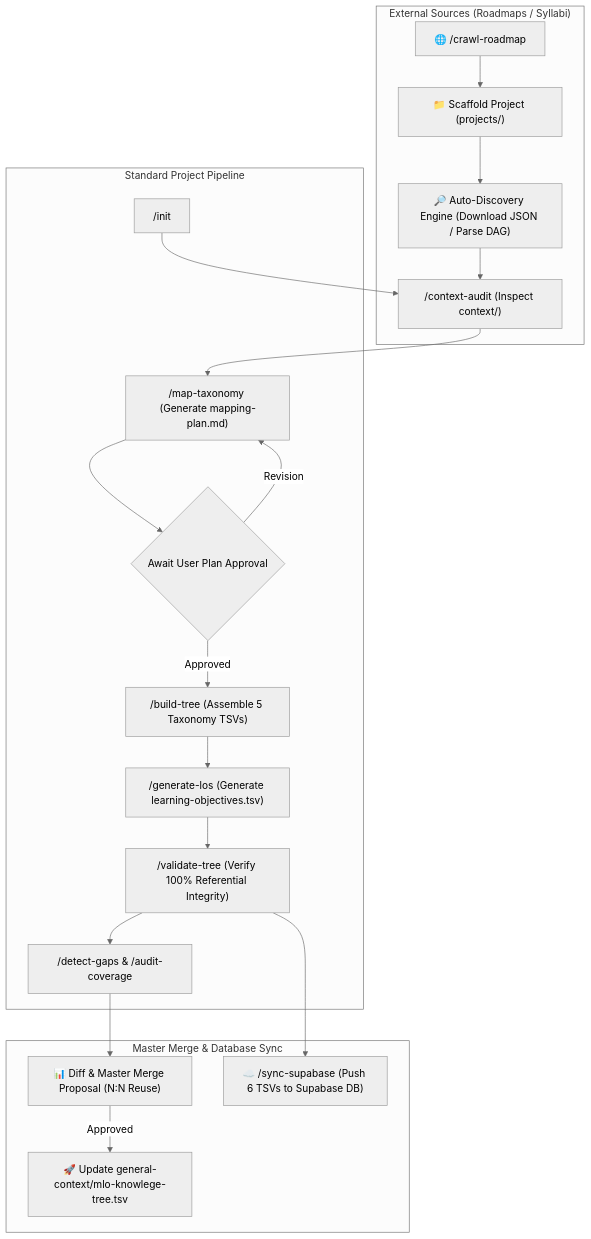
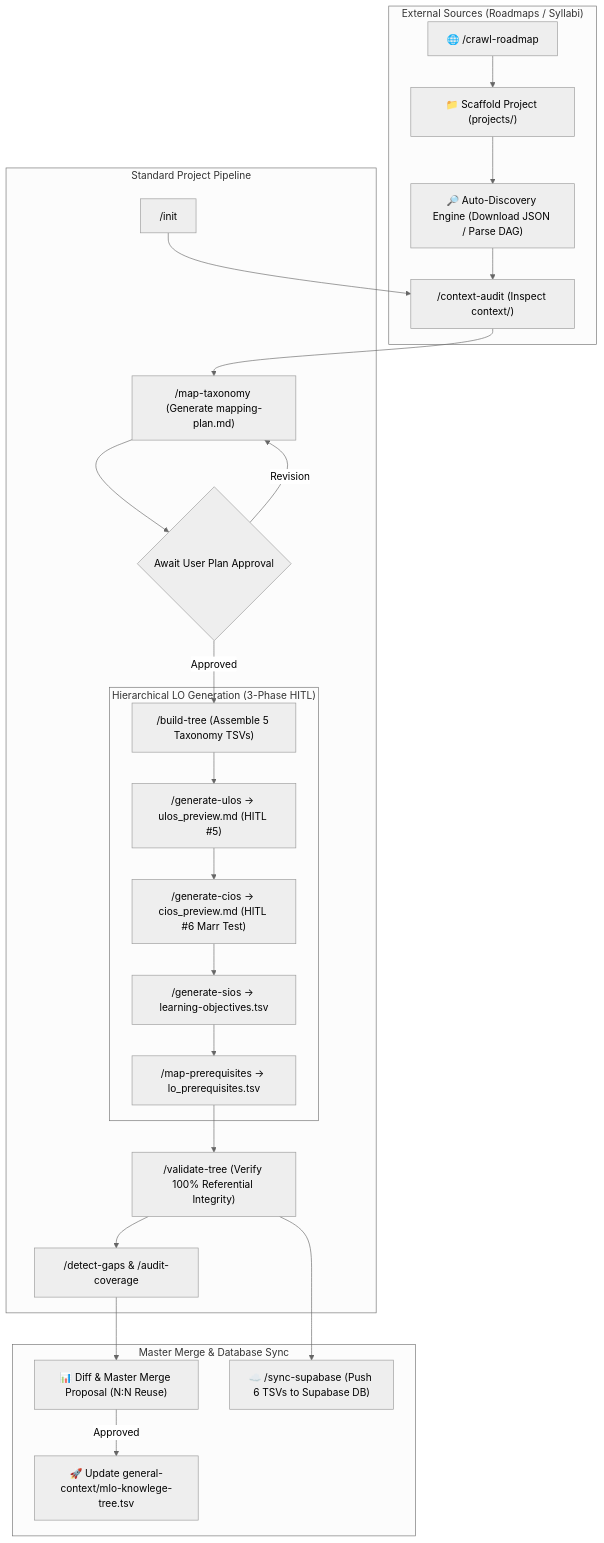
Before and after one commit to thanh01pmt/knowledge-tree: the diagram in README.md, drawn with Mermaid (neutral theme). The commit also changed other lines of this file and 6 other files, not shown here.

````diff
--- a/README.md
+++ b/README.md
@@ -113,25 +155,32 @@
 ```mermaid
 flowchart TD
     subgraph "External Sources (Roadmaps / Syllabi)"
         URL["🌐 /crawl-roadmap <URL>"] --> InitProj["📁 Scaffold Project (projects/<slug>)"]
         InitProj --> Discovery["🔎 Auto-Discovery Engine (Download JSON / Parse DAG)"]
         Discovery --> Audit
     end
 
     subgraph "Standard Project Pipeline"
         Init["/init <project>"] --> Audit["/context-audit (Inspect context/)"]
         Audit --> Map["/map-taxonomy (Generate mapping-plan.md)"]
         Map --> UserReview{"Await User Plan Approval"}
         UserReview -- Revision --> Map
         UserReview -- Approved --> Build["/build-tree (Assemble 5 Taxonomy TSVs)"]
-        Build --> GenLO["/generate-los (Generate learning-objectives.tsv)"]
-        GenLO --> Validate["/validate-tree (Verify 100% Referential Integrity)"]
+        
+        subgraph "Hierarchical LO Generation (3-Phase HITL)"
+            Build --> ULO["/generate-ulos → ulos_preview.md (HITL #5)"]
+            ULO --> CIO["/generate-cios → cios_preview.md (HITL #6 Marr Test)"]
+            CIO --> SIO["/generate-sios → learning-objectives.tsv"]
+            SIO --> Preq["/map-prerequisites → lo_prerequisites.tsv"]
+        end
+        
+        Preq --> Validate["/validate-tree (Verify 100% Referential Integrity)"]
         Validate --> GapCheck["/detect-gaps & /audit-coverage"]
     end
 
     subgraph "Master Merge & Database Sync"
         GapCheck --> MergeProp["📊 Diff & Master Merge Proposal (N:N Reuse)"]
         MergeProp -- Approved --> SyncMaster["🚀 Update general-context/mlo-knowlege-tree.tsv"]
         Validate --> SyncDB["☁️ /sync-supabase (Push 6 TSVs to Supabase DB)"]
     end
 ```
````
